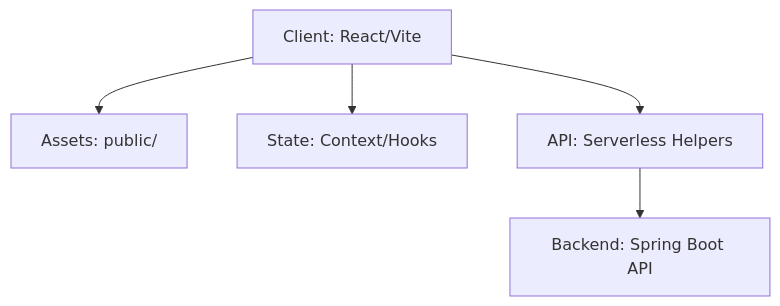
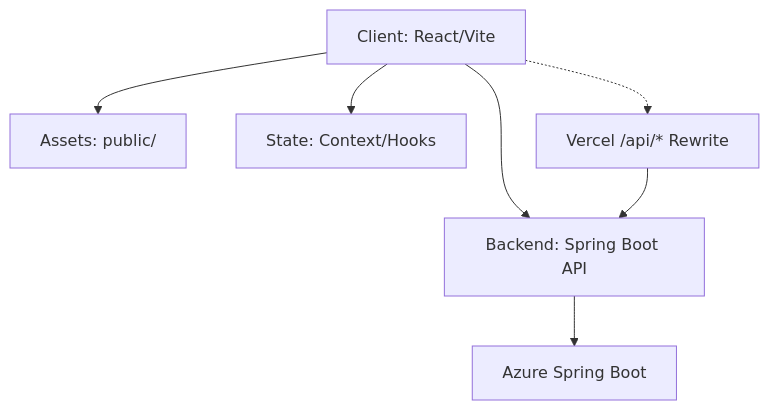
One commit to SandeepVashishtha/Eventra changed the diagram in README.md. Above: the diagram before and after it, drawn with Mermaid. The commit also changed other lines of this file and 26 other files, not shown here.

First line of the commit message:
feat: remove dead serverless API layer (26 files, 2587 lines)

````diff
--- a/README.md
+++ b/README.md
@@ -70,7 +69,9 @@
 ```mermaid
 graph TD
     Client[Client: React/Vite] --> Assets[Assets: public/]
     Client --> State[State: Context/Hooks]
-    Client --> API[API: Serverless Helpers]
-    API --> Backend[Backend: Spring Boot API]
+    Client --> Backend[Backend: Spring Boot API]
+    Backend --> Azure[Azure Spring Boot]
+    Client -.-> VercelRewrite[Vercel /api/* Rewrite]
+    VercelRewrite --> Backend
 ```
````
